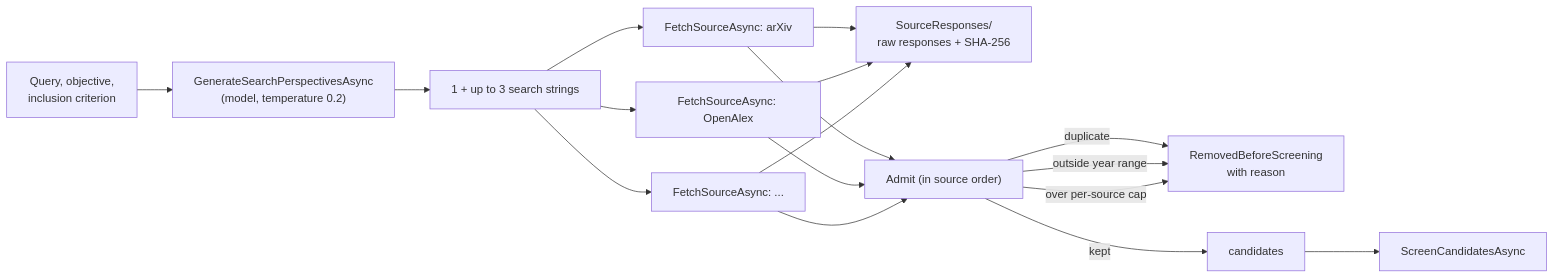
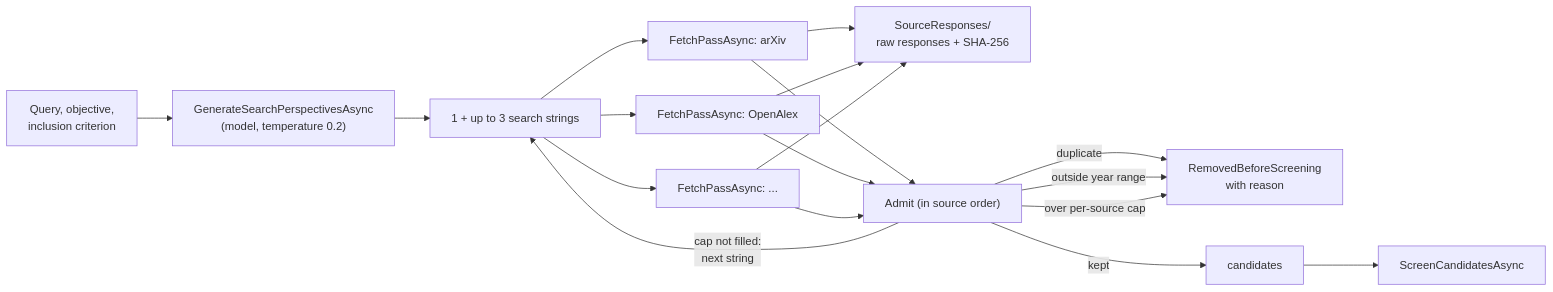
Before and after one commit to lauPhilip/au-btech-literature-review-agent: the first of 2 diagrams in docs/wiki/03-search-and-screening.md, drawn with Mermaid. The commit also changed other lines of this file and 1 other file, not shown here.

````diff
--- a/docs/wiki/03-search-and-screening.md
+++ b/docs/wiki/03-search-and-screening.md
@@ -7,15 +7,16 @@
 ```mermaid
 flowchart LR
     Q["Query, objective,<br/>inclusion criterion"] --> P["GenerateSearchPerspectivesAsync<br/>(model, temperature 0.2)"]
     P --> SS["1 + up to 3 search strings"]
-    SS --> F1["FetchSourceAsync: arXiv"]
-    SS --> F2["FetchSourceAsync: OpenAlex"]
-    SS --> F3["FetchSourceAsync: ..."]
+    SS --> F1["FetchPassAsync: arXiv"]
+    SS --> F2["FetchPassAsync: OpenAlex"]
+    SS --> F3["FetchPassAsync: ..."]
     F1 & F2 & F3 --> RAW["SourceResponses/<br/>raw responses + SHA-256"]
     F1 & F2 & F3 --> AD["Admit (in source order)"]
     AD -->|duplicate| RM["RemovedBeforeScreening<br/>with reason"]
     AD -->|outside year range| RM
     AD -->|over per-source cap| RM
     AD -->|kept| C["candidates"]
+    AD -->|"cap not filled:<br/>next string"| SS
     C --> SC["ScreenCandidatesAsync"]
 ```
````
